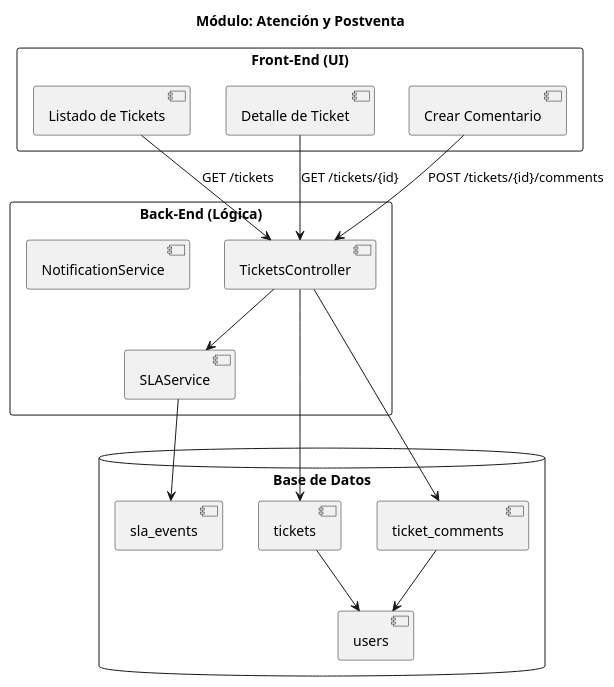
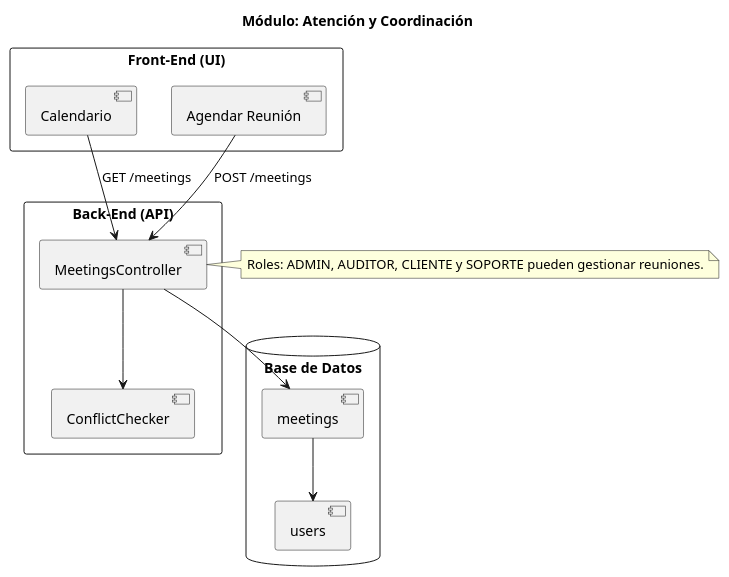
The diagram in docs/plantuml/atencion.puml (Orlamrt/SistemaContableISW), drawn with PlantUML before and after one commit. The commit also changed 48 other files, not shown here.

```diff
--- a/docs/plantuml/atencion.puml
+++ b/docs/plantuml/atencion.puml
@@ -1,33 +1,29 @@
 @startuml
-title Módulo: Atención y Postventa
+title Módulo: Atención y Coordinación
 
 rectangle "Front-End (UI)" {
-  [Listado de Tickets]
-  [Detalle de Ticket]
-  [Crear Comentario]
+  [Calendario]
+  [Agendar Reunión]
 }
 
-rectangle "Back-End (Lógica)" {
-  [TicketsController]
-  [SLAService]
-  [NotificationService]
+rectangle "Back-End (API)" {
+  [MeetingsController]
+  [ConflictChecker]
 }
 
+note right of [MeetingsController]
+  Roles: ADMIN, AUDITOR, CLIENTE y SOPORTE pueden gestionar reuniones.
+end note
+
 database "Base de Datos" {
-  [tickets]
-  [ticket_comments]
-  [sla_events]
+  [meetings]
   [users]
 }
 
-[Listado de Tickets] --> [TicketsController] : GET /tickets
-[Detalle de Ticket] --> [TicketsController] : GET /tickets/{id}
-[Crear Comentario] --> [TicketsController] : POST /tickets/{id}/comments
-[TicketsController] --> [SLAService]
-[TicketsController] --> [tickets]
-[SLAService] --> [sla_events]
-[TicketsController] --> [ticket_comments]
-[tickets] --> [users]
-[ticket_comments] --> [users]
+[Calendario] --> [MeetingsController] : GET /meetings
+[Agendar Reunión] --> [MeetingsController] : POST /meetings
+[MeetingsController] --> [ConflictChecker]
+[MeetingsController] --> [meetings]
+[meetings] --> [users]
 
 @enduml
```
